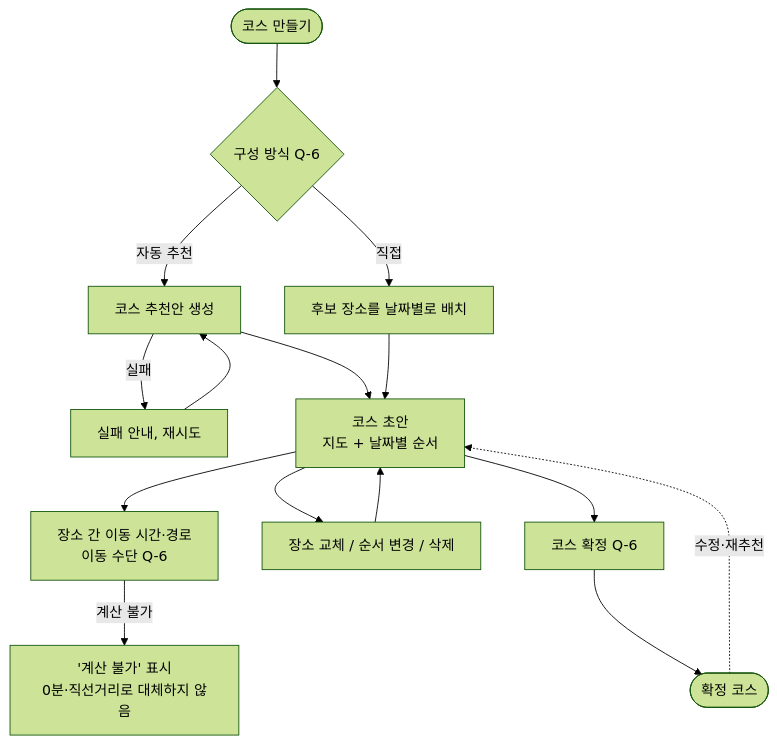
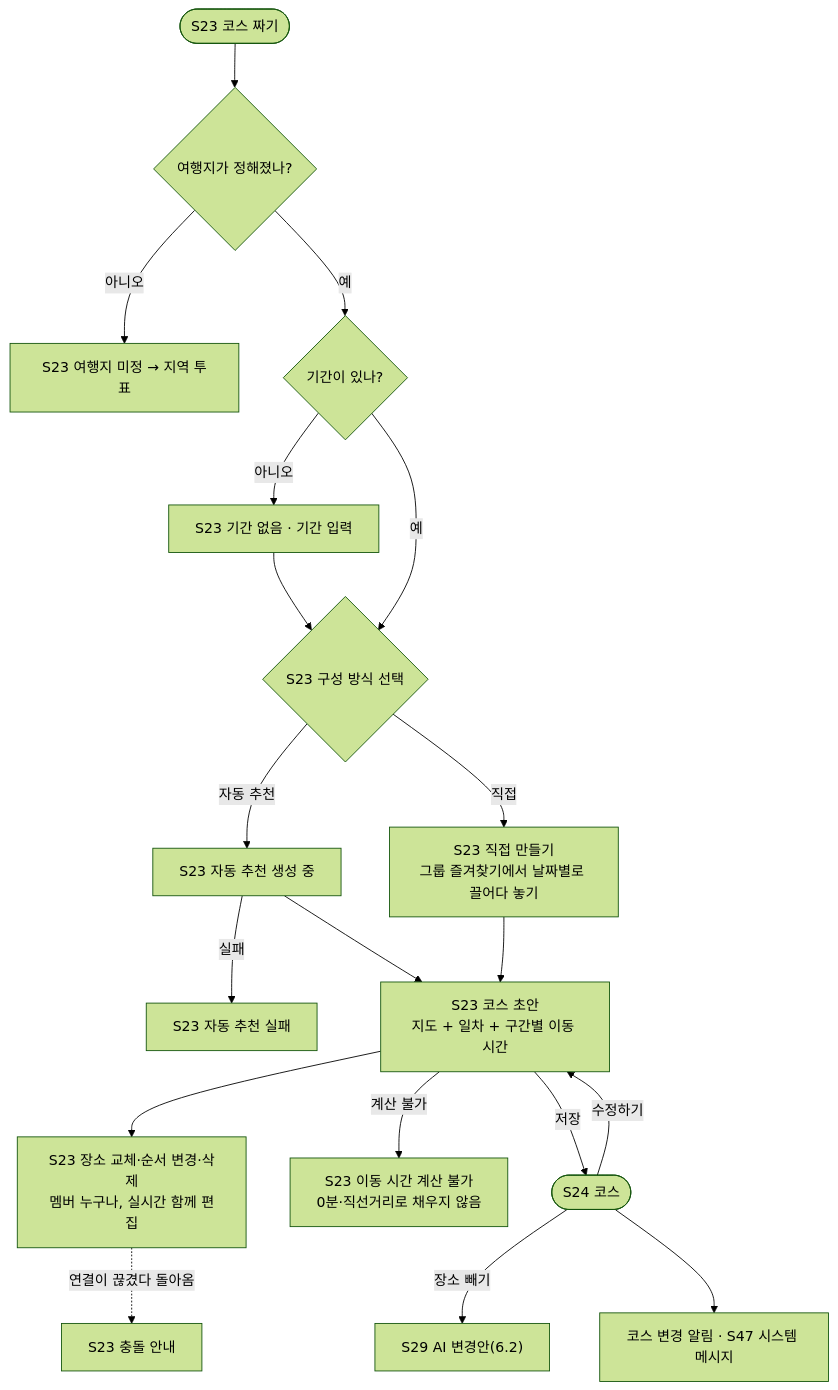
Diagram 14 of 24 in docs/flow/user-flow.md (a204-eodilog/eodilog), drawn with Mermaid (forest theme) before and after one commit. The commit also changed other lines of this file, not shown here.

````diff
--- a/docs/flow/user-flow.md
+++ b/docs/flow/user-flow.md
@@ -312,15 +334,20 @@
 ```mermaid
 flowchart TD
-    C(["코스 만들기"]) --> HOW{"구성 방식 Q-6"}
-    HOW -- "자동 추천" --> AUTO["코스 추천안 생성"]
-    HOW -- "직접" --> MAN["후보 장소를 날짜별로 배치"]
-    AUTO -- "실패" --> AF["실패 안내, 재시도"] --> AUTO
-    AUTO --> DRAFT["코스 초안<br/>지도 + 날짜별 순서"]
-    MAN --> DRAFT
-    DRAFT --> MOVE["장소 간 이동 시간·경로<br/>이동 수단 Q-6"]
-    MOVE -- "계산 불가" --> NA["'계산 불가' 표시<br/>0분·직선거리로 대체하지 않음"]
-    DRAFT --> EDIT["장소 교체 / 순서 변경 / 삭제"] --> DRAFT
-    DRAFT --> FIX["코스 확정 Q-6"]
-    FIX --> CONF(["확정 코스"])
-    CONF -. "수정·재추천" .-> DRAFT
+    C(["S23 코스 짜기"]) --> P1{"여행지가 정해졌나?"}
+    P1 -- "아니오" --> NOD["S23 여행지 미정 → 지역 투표"]
+    P1 -- "예" --> P2{"기간이 있나?"}
+    P2 -- "아니오" --> DT["S23 기간 없음 · 기간 입력"] --> HW
+    P2 -- "예" --> HW{"S23 구성 방식 선택"}
+    HW -- "자동 추천" --> AU["S23 자동 추천 생성 중"]
+    AU -- "실패" --> AF["S23 자동 추천 실패"]
+    HW -- "직접" --> MN["S23 직접 만들기<br/>그룹 즐겨찾기에서 날짜별로 끌어다 놓기"]
+    AU --> DR["S23 코스 초안<br/>지도 + 일차 + 구간별 이동 시간"]
+    MN --> DR
+    DR --> ED["S23 장소 교체·순서 변경·삭제<br/>멤버 누구나, 실시간 함께 편집"]
+    DR -- "계산 불가" --> NA["S23 이동 시간 계산 불가<br/>0분·직선거리로 채우지 않음"]
+    ED -. "연결이 끊겼다 돌아옴" .-> CF["S23 충돌 안내"]
+    DR -- "저장" --> S24(["S24 코스"])
+    S24 -- "수정하기" --> DR
+    S24 -- "장소 빼기" --> S29["S29 AI 변경안(6.2)"]
+    S24 --> NTC["코스 변경 알림 · S47 시스템 메시지"]
 ```
````
